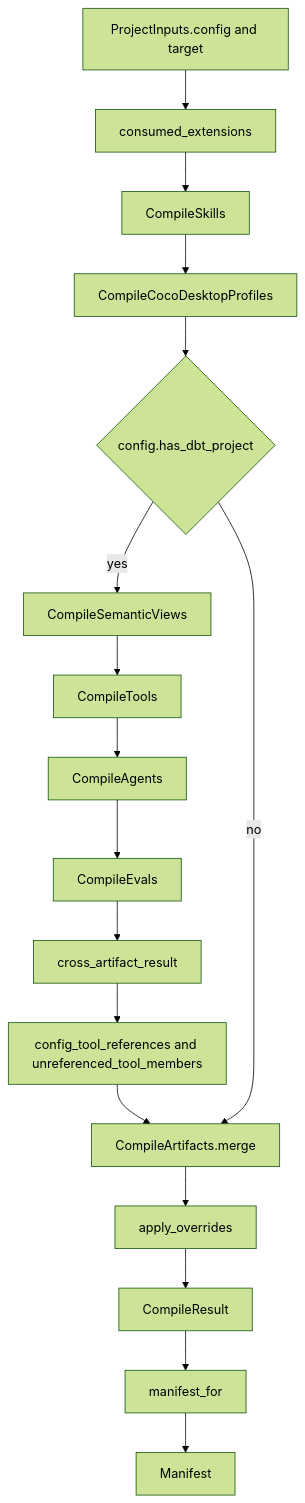
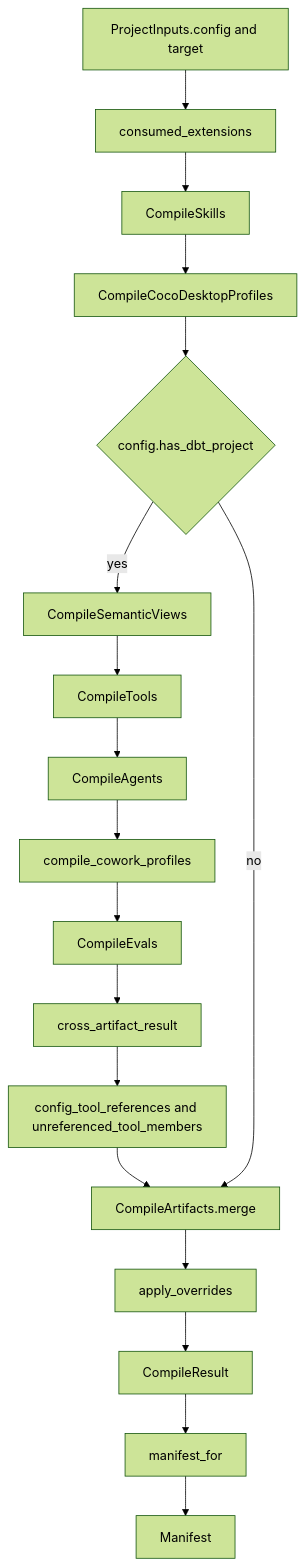
The third of 8 diagrams in docs/design/architecture.md (WhoopInc/snowflake-semantic-tools), drawn with Mermaid (forest theme) before and after one commit. The commit also changed other lines of this file and 54 other files, not shown here.

````diff
--- a/docs/design/architecture.md
+++ b/docs/design/architecture.md
@@ -229,19 +229,20 @@
 ```mermaid
 flowchart TD
     A["ProjectInputs.config and target"] --> B["consumed_extensions"]
     B --> C["CompileSkills"]
     C --> D["CompileCocoDesktopProfiles"]
     D --> E{"config.has_dbt_project"}
     E -->|yes| F["CompileSemanticViews"]
     F --> G["CompileTools"]
     G --> H["CompileAgents"]
-    H --> I["CompileEvals"]
+    H --> HC["compile_cowork_profiles"]
+    HC --> I["CompileEvals"]
     I --> J["cross_artifact_result"]
     J --> T["config_tool_references and unreferenced_tool_members"]
     T --> K["CompileArtifacts.merge"]
     E -->|no| K
     K --> L["apply_overrides"]
     L --> M["CompileResult"]
     M --> N["manifest_for"]
     N --> O["Manifest"]
 ```
````
